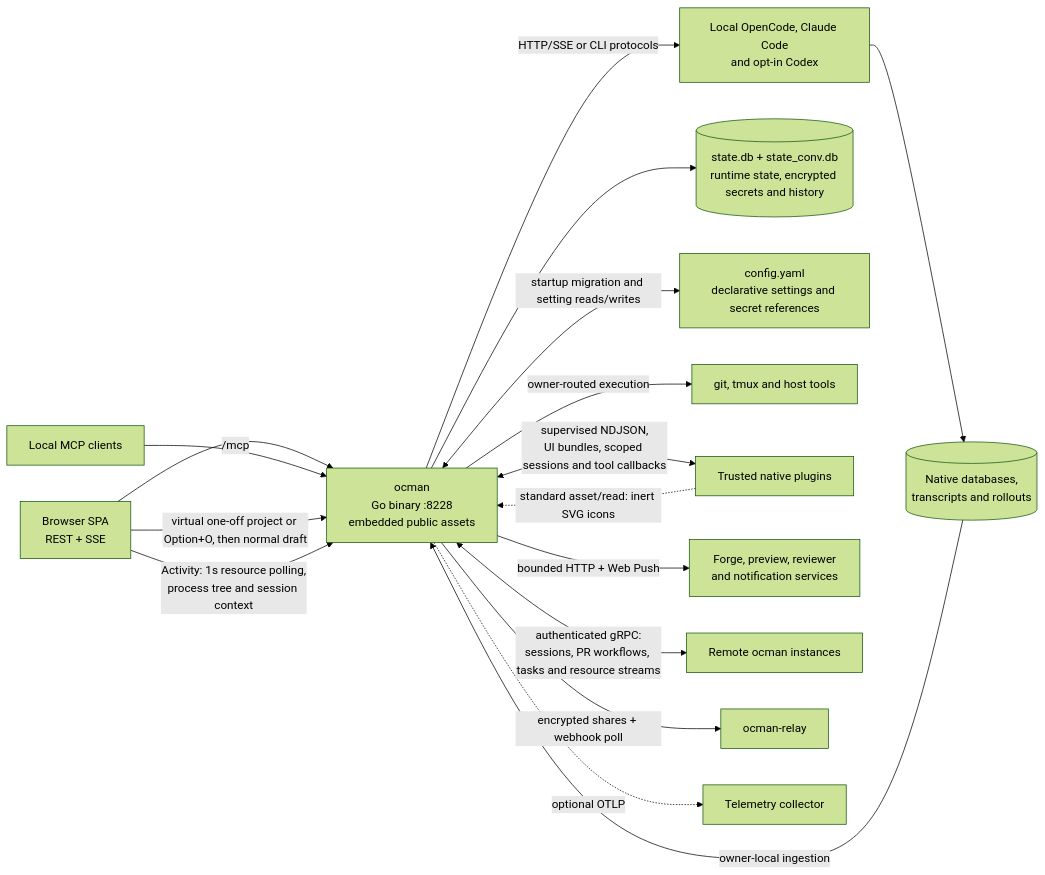
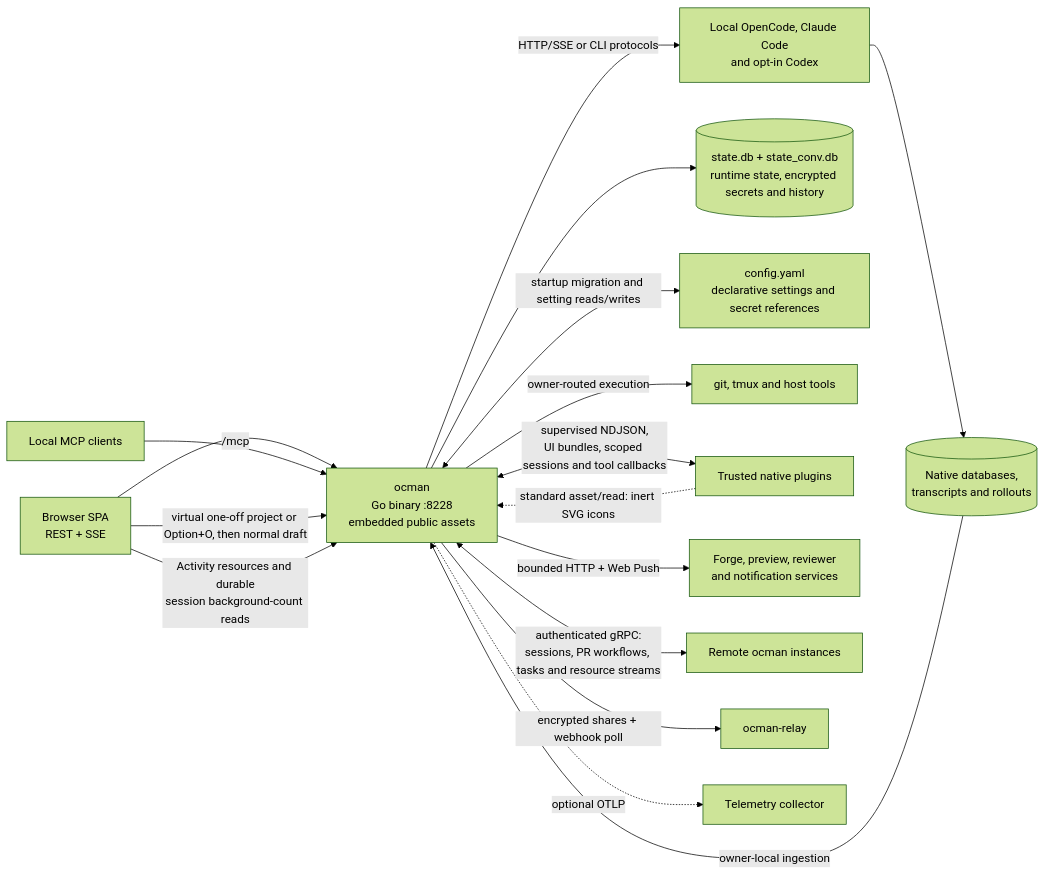
One commit to ocman/ocman changed the first of 17 diagrams in docs/other/architecture.md. Above: the diagram before and after it, drawn with Mermaid (forest theme). The commit also changed other lines of this file and 11 other files, not shown here.

Commit message:
fix(sessions): keep background counts independent of forge reads

````diff
--- a/docs/other/architecture.md
+++ b/docs/other/architecture.md
@@ -30,19 +30,19 @@
 ```mermaid
 flowchart LR
     Browser[Browser SPA<br/>REST + SSE] --> Ocman[ocman<br/>Go binary :8228<br/>embedded public assets]
     Agent[Local MCP clients] -->|/mcp| Ocman
     Ocman -->|HTTP/SSE or CLI protocols| Platforms[Local OpenCode, Claude Code<br/>and opt-in Codex]
     Platforms --> Native[(Native databases,<br/>transcripts and rollouts)]
     Native -->|owner-local ingestion| Ocman
     Ocman --> Stores[(state.db + state_conv.db<br/>runtime state, encrypted secrets and history)]
     Ocman <-->|startup migration and setting reads/writes| Config[config.yaml<br/>declarative settings and secret references]
     Ocman -->|owner-routed execution| Tools[git, tmux and host tools]
     Browser -->|virtual one-off project or Option+O, then normal draft| Ocman
-    Browser -->|Activity: 1s resource polling,<br/>process tree and session context| Ocman
+    Browser -->|Activity resources and durable<br/>session background-count reads| Ocman
     Ocman <-->|supervised NDJSON,<br/>UI bundles, scoped sessions and tool callbacks| Plugins[Trusted native plugins]
     Plugins -.->|standard asset/read: inert SVG icons| Ocman
     Ocman -->|bounded HTTP + Web Push| Services[Forge, preview, reviewer<br/>and notification services]
     Ocman <-->|authenticated gRPC:<br/>sessions, PR workflows, tasks and resource streams| Remotes[Remote ocman instances]
     Ocman -->|encrypted shares + webhook poll| Relay[ocman-relay]
     Ocman -.->|optional OTLP| Otel[Telemetry collector]
 ```
````
